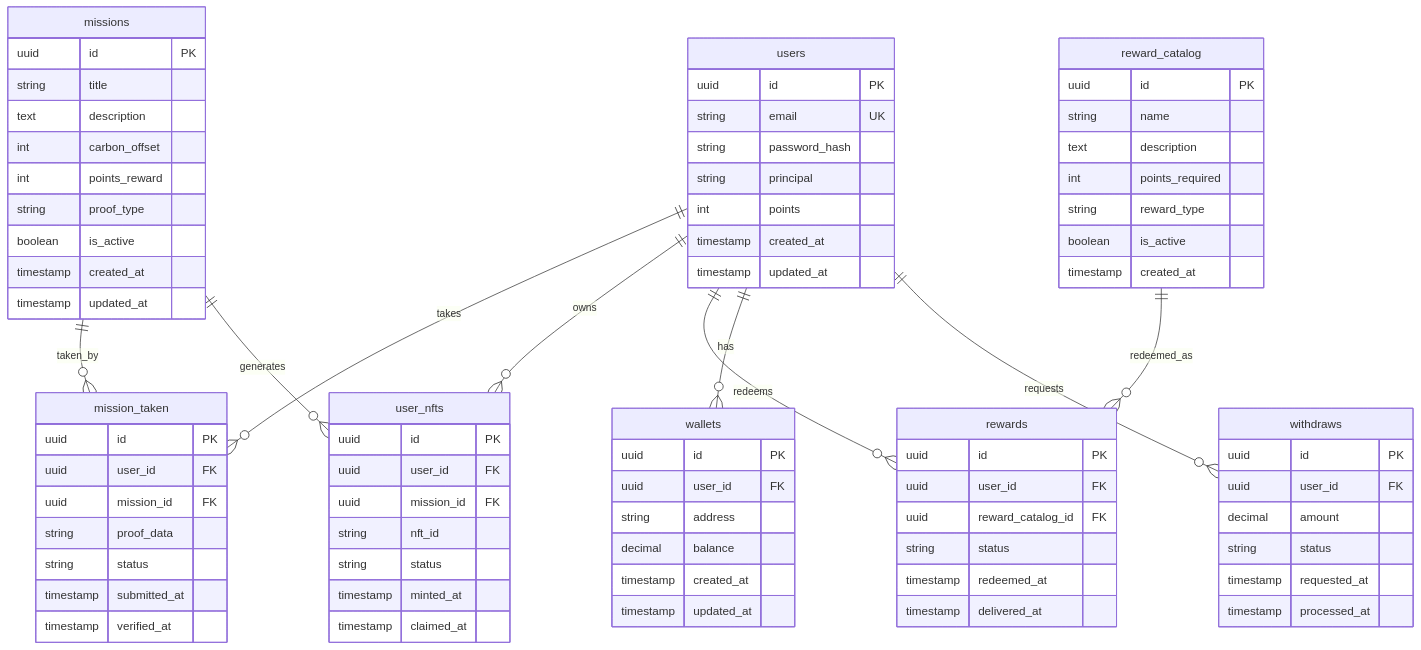
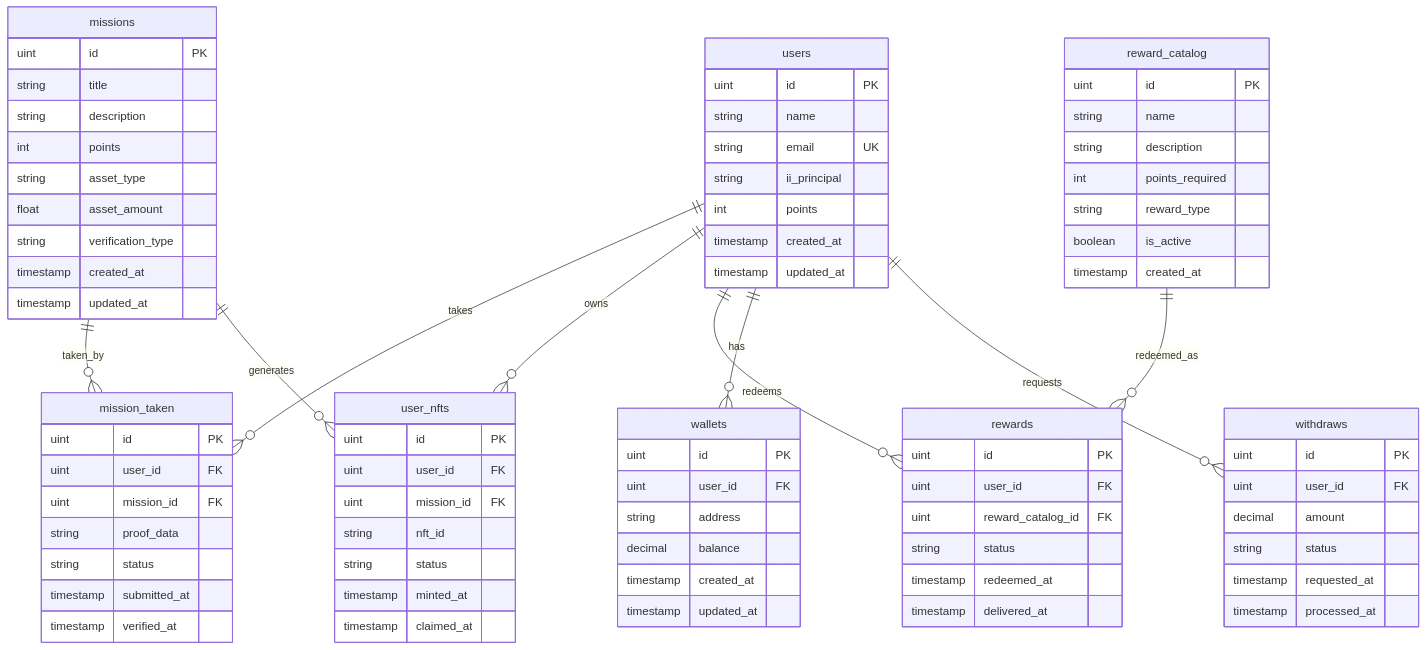
Before and after one commit to jurus-macul/pedulicarbon: the fourth of 6 diagrams in docs/SYSTEM_DESIGN.md, drawn with Mermaid. The commit also changed other lines of this file and 2 other files, not shown here.

````diff
--- a/docs/SYSTEM_DESIGN.md
+++ b/docs/SYSTEM_DESIGN.md
@@ -178,31 +98,31 @@
 ```mermaid
 erDiagram
     users {
-        uuid id PK
+        uint id PK
+        string name
         string email UK
-        string password_hash
-        string principal
+        string ii_principal
         int points
         timestamp created_at
         timestamp updated_at
     }
     
     missions {
-        uuid id PK
+        uint id PK
         string title
-        text description
-        int carbon_offset
-        int points_reward
-        string proof_type
-        boolean is_active
+        string description
+        int points
+        string asset_type
+        float asset_amount
+        string verification_type
         timestamp created_at
         timestamp updated_at
     }
     
     mission_taken {
-        uuid id PK
-        uuid user_id FK
-        uuid mission_id FK
+        uint id PK
+        uint user_id FK
+        uint mission_id FK
         string proof_data
         string status
         timestamp submitted_at
@@ -210,9 +130,9 @@
     }
     
     user_nfts {
-        uuid id PK
-        uuid user_id FK
-        uuid mission_id FK
+        uint id PK
+        uint user_id FK
+        uint mission_id FK
         string nft_id
         string status
         timestamp minted_at
@@ -220,9 +140,9 @@
     }
     
     reward_catalog {
-        uuid id PK
+        uint id PK
         string name
-        text description
+        string description
         int points_required
         string reward_type
         boolean is_active
@@ -230,17 +150,17 @@
     }
     
     rewards {
-        uuid id PK
-        uuid user_id FK
-        uuid reward_catalog_id FK
+        uint id PK
+        uint user_id FK
+        uint reward_catalog_id FK
         string status
         timestamp redeemed_at
         timestamp delivered_at
     }
     
     wallets {
-        uuid id PK
-        uuid user_id FK
+        uint id PK
+        uint user_id FK
         string address
         decimal balance
         timestamp created_at
@@ -248,8 +168,8 @@
     }
     
     withdraws {
-        uuid id PK
-        uuid user_id FK
+        uint id PK
+        uint user_id FK
         decimal amount
         string status
         timestamp requested_at
````
